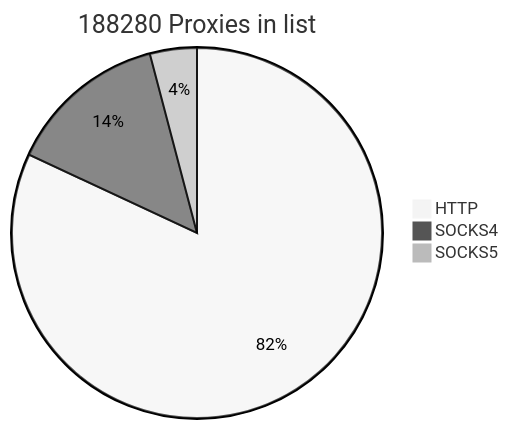
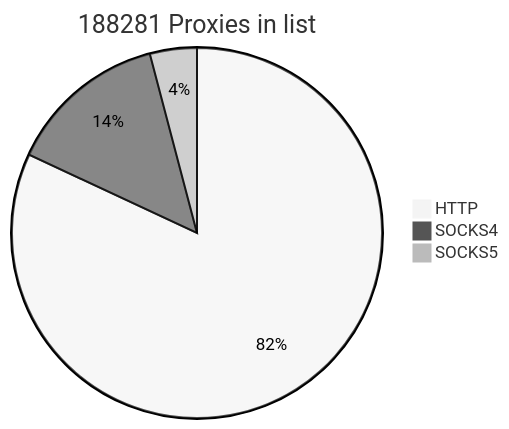
The first of 2 diagrams in README.md (cutipu/proxylist), drawn with Mermaid (neutral theme) before and after one commit. The commit also changed other lines of this file, not shown here.

````diff
--- a/README.md
+++ b/README.md
@@ -2,7 +2,7 @@
 ```mermaid
-pie title 188280 Proxies in list
-    "HTTP" : 154293
+pie title 188281 Proxies in list
+    "HTTP" : 154294
     "SOCKS4" : 26272
     "SOCKS5" : 7715
             
 ```
````
